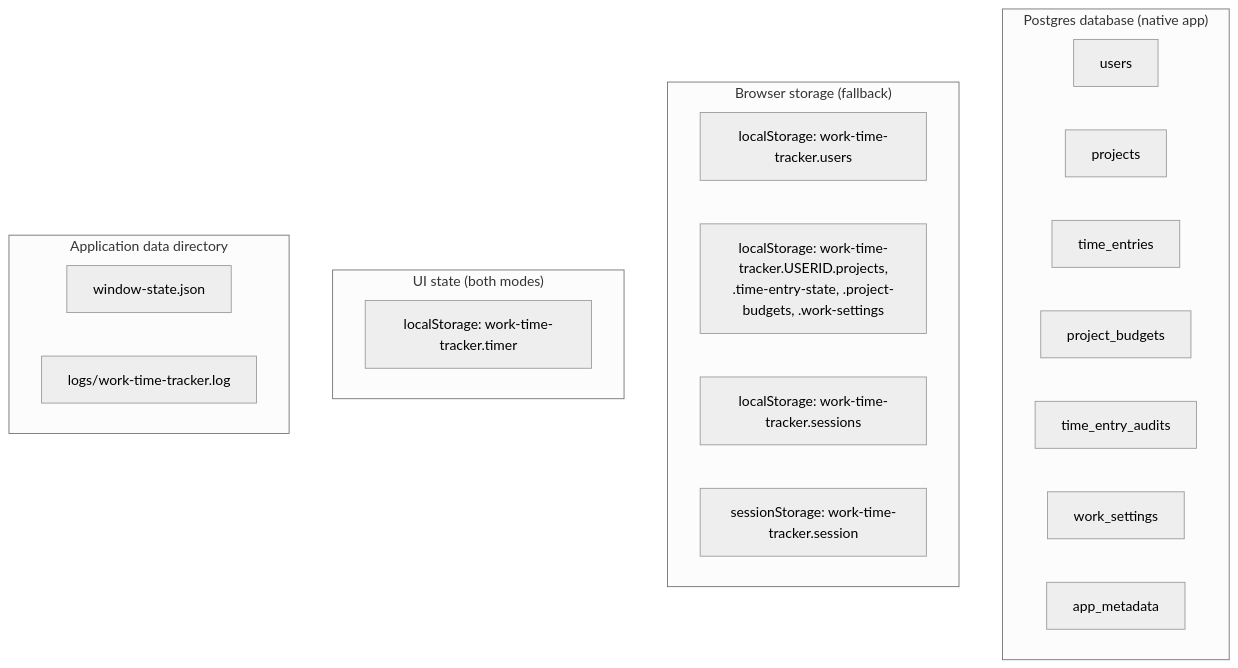
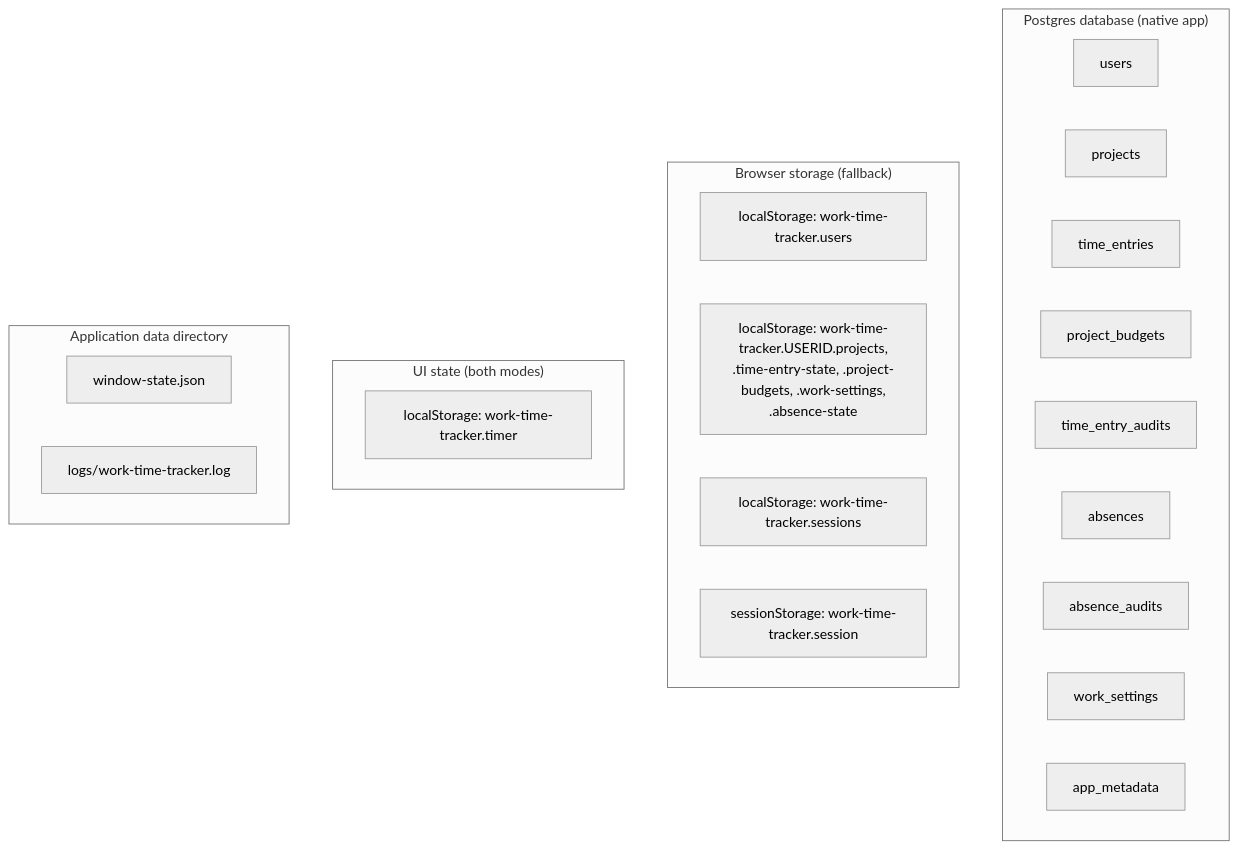
The second of 3 diagrams in docs/data-model.md (serious6/WorkTimeTracker), drawn with Mermaid (neutral theme) before and after one commit. The commit also changed other lines of this file and 41 other files, not shown here.

````diff
--- a/docs/data-model.md
+++ b/docs/data-model.md
@@ -34,28 +34,30 @@
 ```mermaid
 flowchart TB
   subgraph postgres["Postgres database (native app)"]
     users_t["users"]
     projects_t["projects"]
     entries_t["time_entries"]
     budgets_t["project_budgets"]
     audits_t["time_entry_audits"]
+    absences_t["absences"]
+    absence_audits_t["absence_audits"]
     settings_t["work_settings"]
     meta_t["app_metadata"]
   end
 
   subgraph browser["Browser storage (fallback)"]
     ls_users["localStorage: work-time-tracker.users"]
-    ls_scoped["localStorage: work-time-tracker.USERID.projects,<br/>.time-entry-state, .project-budgets, .work-settings"]
+    ls_scoped["localStorage: work-time-tracker.USERID.projects,<br/>.time-entry-state, .project-budgets, .work-settings,<br/>.absence-state"]
     ls_sessions["localStorage: work-time-tracker.sessions"]
     ss_session["sessionStorage: work-time-tracker.session"]
   end
 
   subgraph ui["UI state (both modes)"]
     ls_timer["localStorage: work-time-tracker.timer"]
   end
 
   subgraph fs["Application data directory"]
     win["window-state.json"]
     log["logs/work-time-tracker.log"]
   end
 ```
````
